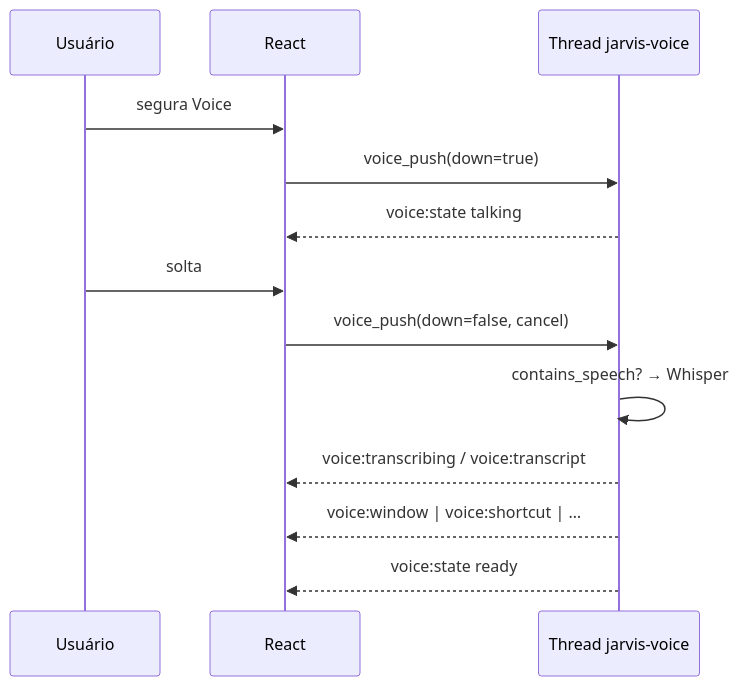
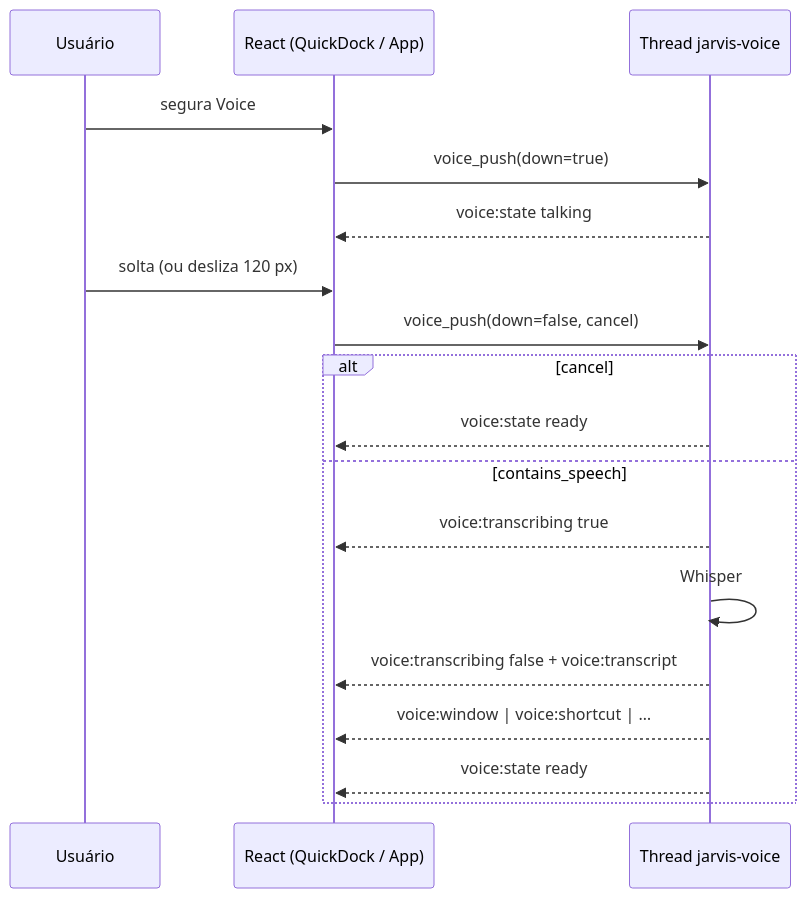
One commit to felipeAguiarCode/jvOS changed the diagram in .specs/features/voice-engine/spec.md. Above: the diagram before and after it, drawn with Mermaid. The commit also changed other lines of this file and 90 other files, not shown here.

````diff
--- a/.specs/features/voice-engine/spec.md
+++ b/.specs/features/voice-engine/spec.md
@@ -352,15 +492,20 @@
 ```mermaid
 sequenceDiagram
   participant U as Usuário
-  participant UI as React
+  participant UI as React (QuickDock / App)
   participant R as Thread jarvis-voice
   U->>UI: segura Voice
   UI->>R: voice_push(down=true)
   R-->>UI: voice:state talking
-  U->>UI: solta
+  U->>UI: solta (ou desliza 120 px)
   UI->>R: voice_push(down=false, cancel)
-  R->>R: contains_speech? → Whisper
-  R-->>UI: voice:transcribing / voice:transcript
-  R-->>UI: voice:window | voice:shortcut | …
-  R-->>UI: voice:state ready
+  alt cancel
+    R-->>UI: voice:state ready
+  else contains_speech
+    R-->>UI: voice:transcribing true
+    R->>R: Whisper
+    R-->>UI: voice:transcribing false + voice:transcript
+    R-->>UI: voice:window | voice:shortcut | …
+    R-->>UI: voice:state ready
+  end
 ```
````
